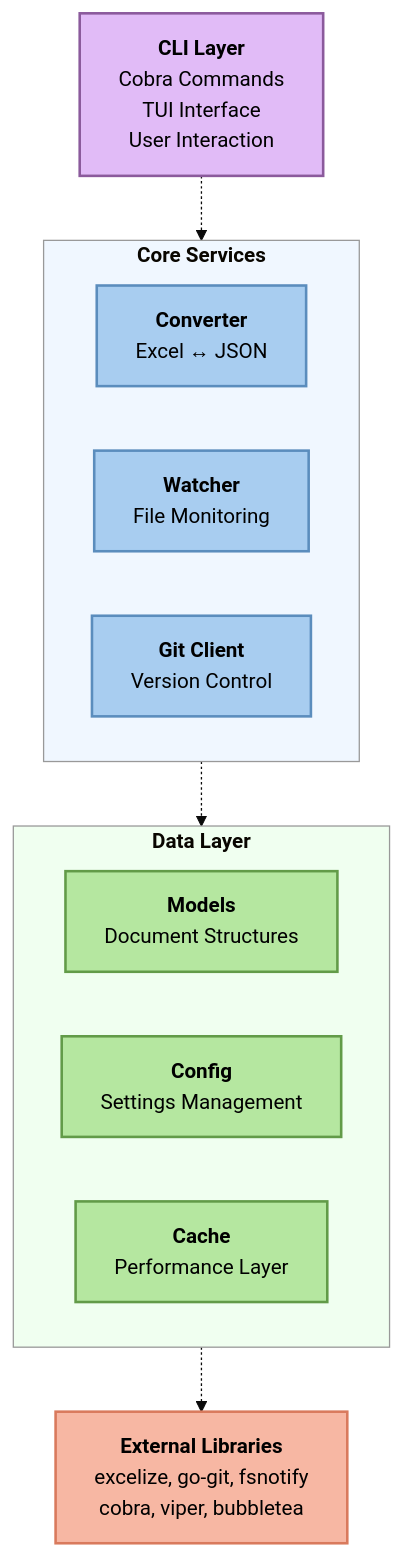
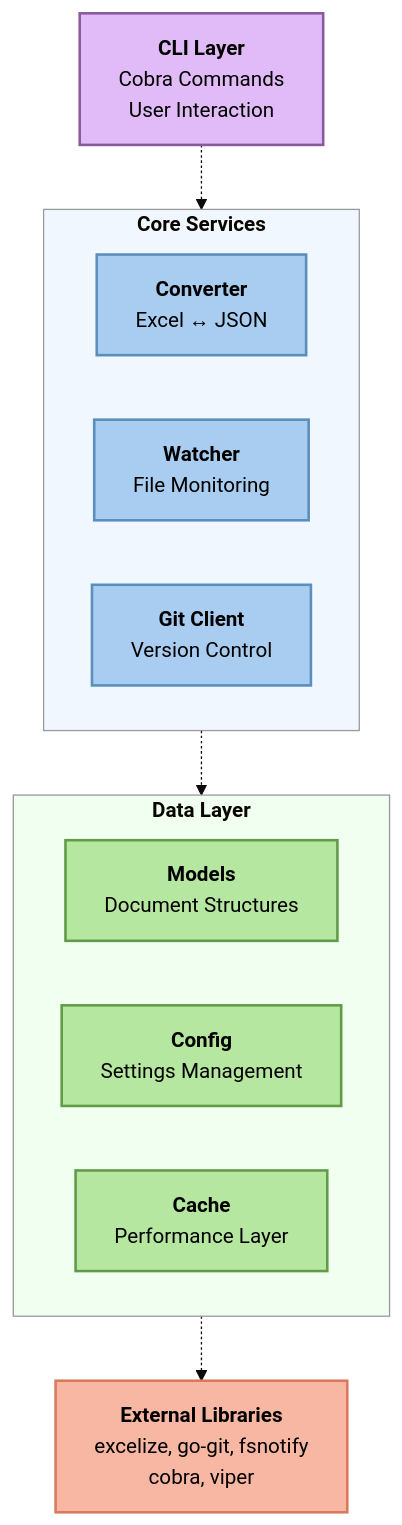
Before and after one commit to Classic-Homes/gitcells: the first of 3 diagrams in docs/development/architecture.md, drawn with Mermaid (base theme). The commit also changed other lines of this file and 51 other files, not shown here.

````diff
--- a/docs/development/architecture.md
+++ b/docs/development/architecture.md
@@ -9,35 +9,35 @@
 ```mermaid
 graph TB
-    CLI["<b>CLI Layer</b><br/>Cobra Commands<br/>TUI Interface<br/>User Interaction"]
+    CLI["<b>CLI Layer</b><br/>Cobra Commands<br/>User Interaction"]
     
     subgraph core ["<b>Core Services</b>"]
         direction LR
         Converter["<b>Converter</b><br/>Excel ↔ JSON"]
         Watcher["<b>Watcher</b><br/>File Monitoring"]
         Git["<b>Git Client</b><br/>Version Control"]
     end
     
     subgraph data ["<b>Data Layer</b>"]
         direction LR
         Models["<b>Models</b><br/>Document Structures"]
         Config["<b>Config</b><br/>Settings Management"]
         Cache["<b>Cache</b><br/>Performance Layer"]
     end
     
-    Libs["<b>External Libraries</b><br/>excelize, go-git, fsnotify<br/>cobra, viper, bubbletea"]
+    Libs["<b>External Libraries</b><br/>excelize, go-git, fsnotify<br/>cobra, viper"]
     
     CLI -.-> core
     core -.-> data
     data -.-> Libs
     
     style CLI fill:#e1bbf7,stroke:#8b5a9c,stroke-width:2px,color:#000
     style Converter fill:#a8cdf0,stroke:#5b8dbd,stroke-width:2px,color:#000
     style Watcher fill:#a8cdf0,stroke:#5b8dbd,stroke-width:2px,color:#000
     style Git fill:#a8cdf0,stroke:#5b8dbd,stroke-width:2px,color:#000
     style Models fill:#b5e7a0,stroke:#629b48,stroke-width:2px,color:#000
     style Config fill:#b5e7a0,stroke:#629b48,stroke-width:2px,color:#000
     style Cache fill:#b5e7a0,stroke:#629b48,stroke-width:2px,color:#000
     style Libs fill:#f7b7a3,stroke:#d97a5d,stroke-width:2px,color:#000
     style core fill:#f0f7ff,stroke:#999,stroke-width:1px
     style data fill:#f0fff0,stroke:#999,stroke-width:1px
 ```
````
